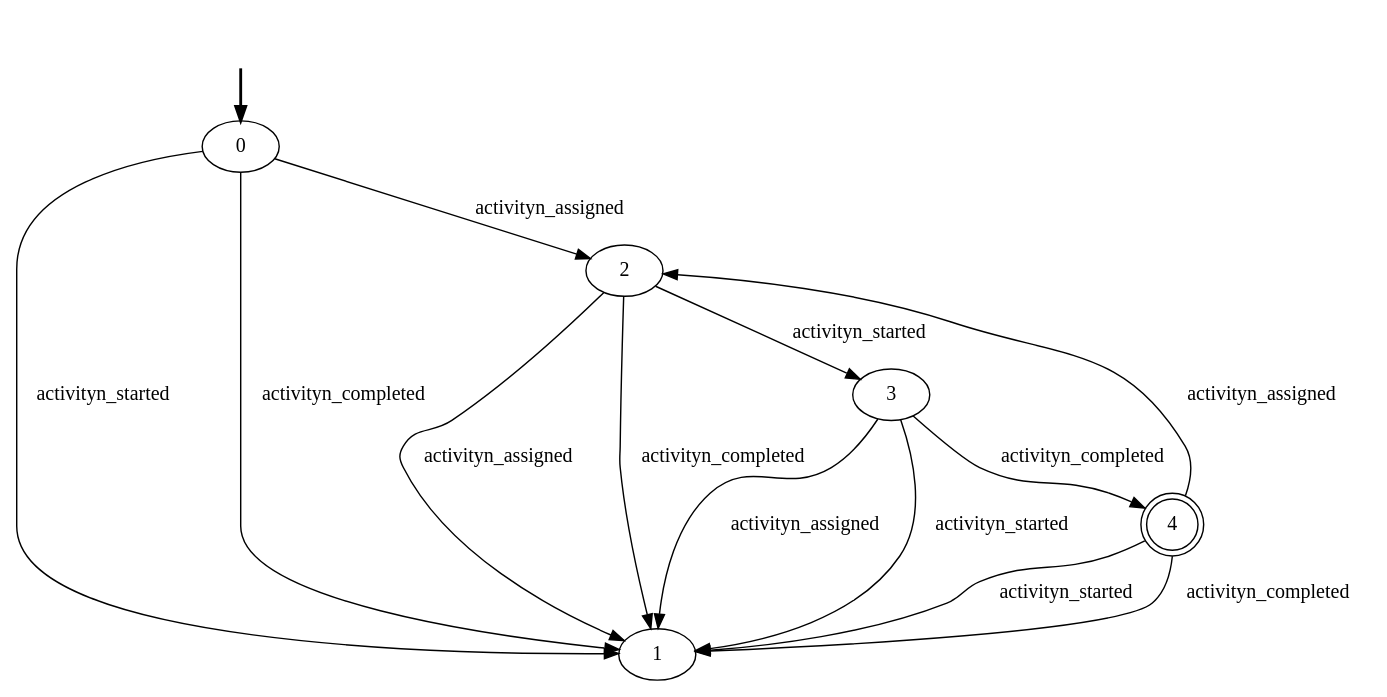
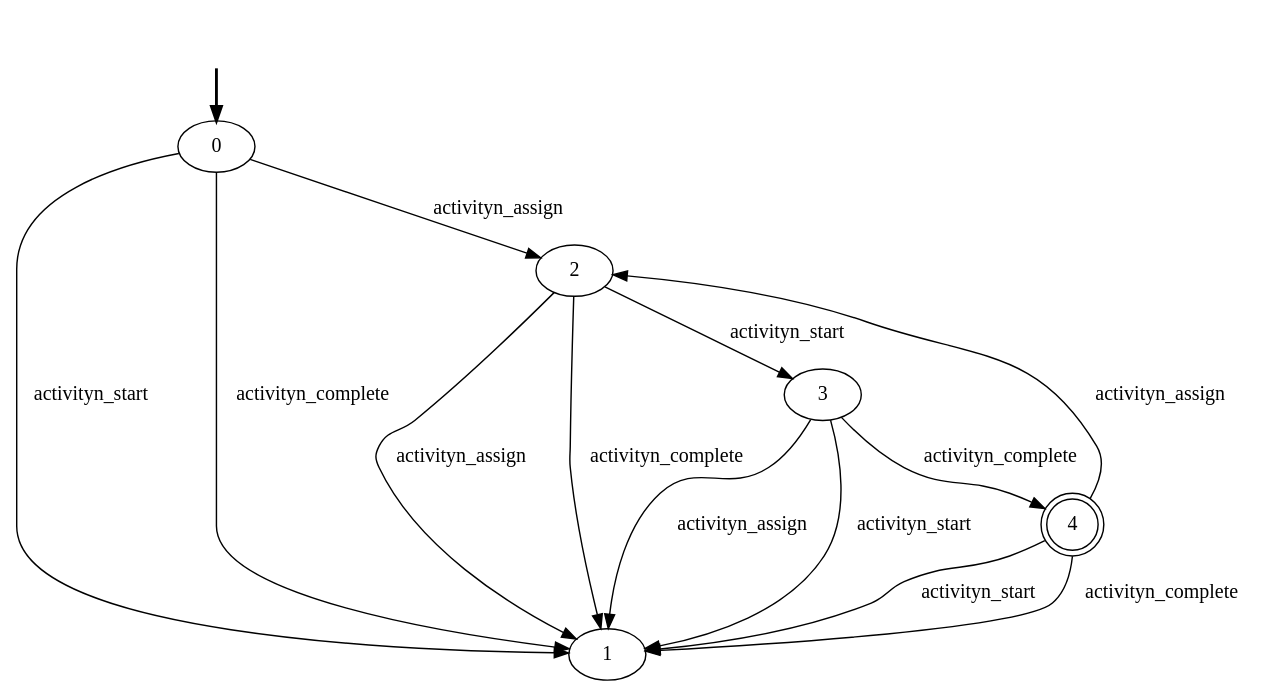
Before and after one commit to GianmarcoBordin/pddlTranslator: the diagram in out/production/Aligner/declarative-models/Data-Aware/5-CONSTRAINTS/activityn_lifecycle.dot, drawn with Graphviz. The commit also changed 87 other files, not shown here.

```diff
--- a/out/production/Aligner/declarative-models/Data-Aware/5-CONSTRAINTS/activityn_lifecycle.dot
+++ b/out/production/Aligner/declarative-models/Data-Aware/5-CONSTRAINTS/activityn_lifecycle.dot
@@ -1,21 +1,21 @@
 digraph {
 		fake0 [style=invisible]
 		0 [root=true]
 		1
 		2
 		3
 		4 [shape=doublecircle]
 		fake0 -> 0 [style=bold]
-		2 -> 1 [label=activityn_assigned]
-		2 -> 3 [label=activityn_started]
-		2 -> 1 [label=activityn_completed]
-		3 -> 1 [label=activityn_assigned]
-		3 -> 1 [label=activityn_started]
-		3 -> 4 [label=activityn_completed]
-		4 -> 2 [label=activityn_assigned]
-		4 -> 1 [label=activityn_started]
-		4 -> 1 [label=activityn_completed]
-		0 -> 2 [label=activityn_assigned]
-		0 -> 1 [label=activityn_started]
-		0 -> 1 [label=activityn_completed]
+		2 -> 1 [label=activityn_assign]
+		2 -> 3 [label=activityn_start]
+		2 -> 1 [label=activityn_complete]
+		3 -> 1 [label=activityn_assign]
+		3 -> 1 [label=activityn_start]
+		3 -> 4 [label=activityn_complete]
+		4 -> 2 [label=activityn_assign]
+		4 -> 1 [label=activityn_start]
+		4 -> 1 [label=activityn_complete]
+		0 -> 2 [label=activityn_assign]
+		0 -> 1 [label=activityn_start]
+		0 -> 1 [label=activityn_complete]
 }
```
